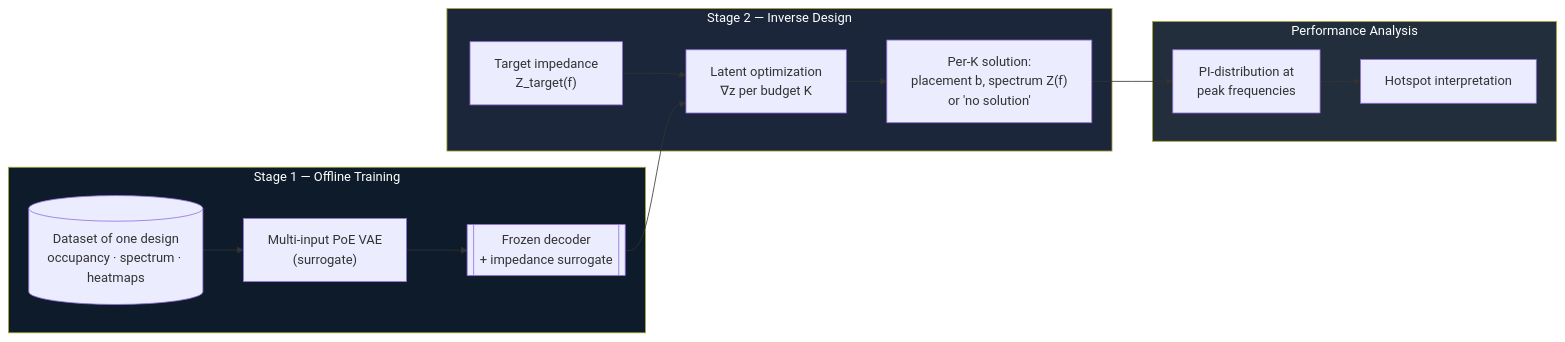
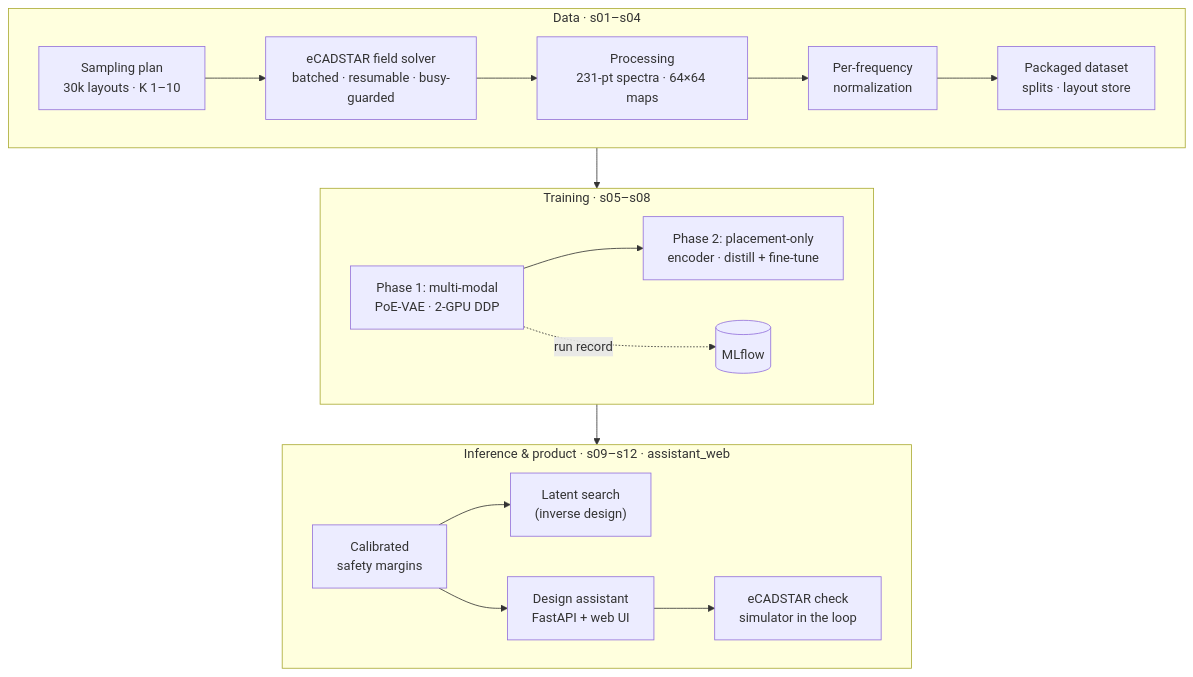
Before and after one commit to kovarthanmuthusamy/pdn-genai-optimization: the first of 2 diagrams in README.md, drawn with Mermaid. The commit also changed other lines of this file and 151 other files, not shown here.

````diff
--- a/README.md
+++ b/README.md
@@ -110,19 +73,20 @@
 ```mermaid
-flowchart LR
-    subgraph S1["Stage 1 — Offline Training"]
-        D[("Dataset of one design<br/>occupancy · spectrum · heatmaps")] --> V["Multi-input PoE VAE<br/>(surrogate)"]
-        V --> CK[["Frozen decoder<br/>+ impedance surrogate"]]
+flowchart TB
+    subgraph DATA["Data · s01–s04"]
+        direction LR
+        A["Sampling plan<br/>30k layouts · K 1–10"] --> B["eCADSTAR field solver<br/>batched · resumable · busy-guarded"]
+        B --> C["Processing<br/>231-pt spectra · 64×64 maps"]
+        C --> D["Per-frequency<br/>normalization"] --> E["Packaged dataset<br/>splits · layout store"]
     end
-    subgraph S2["Stage 2 — Inverse Design"]
-        T["Target impedance<br/>Z_target(f)"] --> O["Latent optimization<br/>∇z per budget K"]
-        CK --> O
-        O --> R["Per-K solution:<br/>placement b, spectrum Z(f)<br/>or 'no solution'"]
+    subgraph TRAIN["Training · s05–s08"]
+        direction LR
+        F["Phase 1: multi-modal<br/>PoE-VAE · 2-GPU DDP"] --> G["Phase 2: placement-only<br/>encoder · distill + fine-tune"]
+        F -. "run record" .-> K[("MLflow")]
     end
-    subgraph S3["Performance Analysis"]
-        R --> P["PI-distribution at<br/>peak frequencies"]
-        P --> Z["Hotspot interpretation"]
+    subgraph SERVE["Inference & product · s09–s12 · assistant_web"]
+        direction LR
+        H["Calibrated<br/>safety margins"] --> I["Latent search<br/>(inverse design)"]
+        H --> J["Design assistant<br/>FastAPI + web UI"] --> V["eCADSTAR check<br/>simulator in the loop"]
     end
-    style S1 fill:#0d1b2a,color:#fff
-    style S2 fill:#1b263b,color:#fff
-    style S3 fill:#222e3c,color:#fff
+    DATA --> TRAIN --> SERVE
 ```
````
